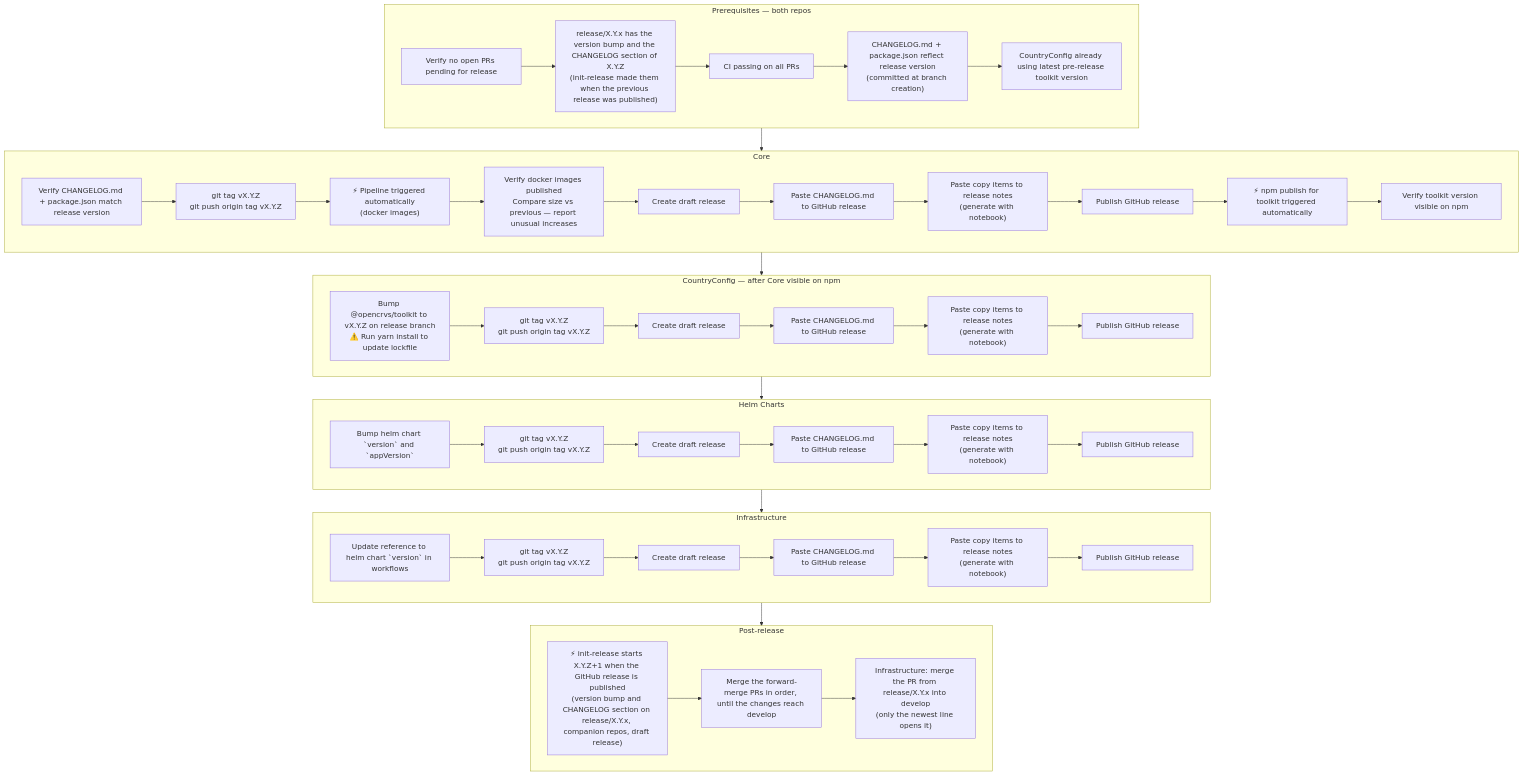
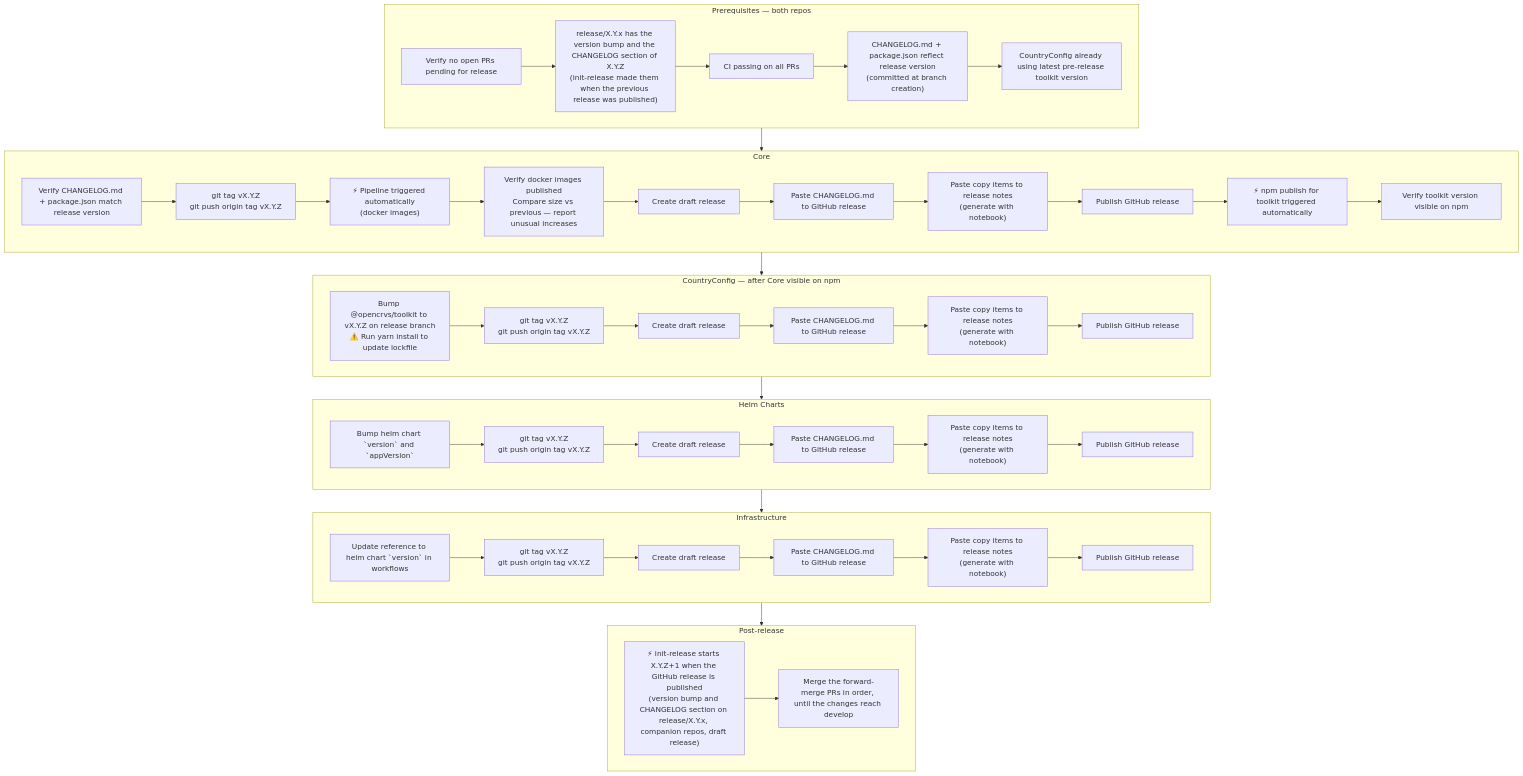
The diagram in release-steps.md (opencrvs/opencrvs-core), drawn with Mermaid before and after one commit.

Commit message:
docs: remove the infrastructure merge-back step

````diff
--- a/release-steps.md
+++ b/release-steps.md
@@ -3,68 +3,67 @@
 ```mermaid
 flowchart TD
     subgraph PRE["Prerequisites — both repos"]
         P1[Verify no open PRs pending for release]
         P2["release/X.Y.x has the version bump and the CHANGELOG section of X.Y.Z\n(init-release made them when the previous release was published)"]
         P3[CI passing on all PRs]
         P4["CHANGELOG.md + package.json reflect release version\n(committed at branch creation)"]
         P5[CountryConfig already using latest pre-release toolkit version]
         P1 --> P2 --> P3 --> P4 --> P5
     end
 
     subgraph CORE["Core"]
         C1["Verify CHANGELOG.md + package.json match release version"]
         C2["git tag vX.Y.Z\ngit push origin tag vX.Y.Z"]
         C3["⚡ Pipeline triggered automatically\n(docker images)"]
         C4["Verify docker images published\nCompare size vs previous — report unusual increases"]
         C5[Create draft release]
         C6[Paste CHANGELOG.md to GitHub release]
         C7["Paste copy items to release notes\n(generate with notebook)"]
         C8[Publish GitHub release]
         C9["⚡ npm publish for toolkit triggered automatically"]
         C10[Verify toolkit version visible on npm]
         C1 --> C2 --> C3 --> C4 --> C5 --> C6 --> C7 --> C8 --> C9 --> C10
     end
 
     subgraph CC["CountryConfig — after Core visible on npm"]
         CC1["Bump @opencrvs/toolkit to vX.Y.Z on release branch\n⚠️ Run yarn install to update lockfile"]
         CC2["git tag vX.Y.Z\ngit push origin tag vX.Y.Z"]
         CC3[Create draft release]
         CC4[Paste CHANGELOG.md to GitHub release]
         CC5["Paste copy items to release notes\n(generate with notebook)"]
         CC6[Publish GitHub release]
         CC1 --> CC2 --> CC3 --> CC4 --> CC5 --> CC6
     end
 
     subgraph HC["Helm Charts"]
         HC1["Bump helm chart `version` and `appVersion`"]
         HC2["git tag vX.Y.Z\ngit push origin tag vX.Y.Z"]
         HC3[Create draft release]
         HC4[Paste CHANGELOG.md to GitHub release]
         HC5["Paste copy items to release notes\n(generate with notebook)"]
         HC6[Publish GitHub release]
         HC1 --> HC2 --> HC3 --> HC4 --> HC5 --> HC6
     end
 
     subgraph IF["Infrastructure"]
         IF1["Update reference to helm chart `version` in workflows"]
         IF2["git tag vX.Y.Z\ngit push origin tag vX.Y.Z"]
         IF3[Create draft release]
         IF4[Paste CHANGELOG.md to GitHub release]
         IF5["Paste copy items to release notes\n(generate with notebook)"]
         IF6[Publish GitHub release]
         IF1 --> IF2 --> IF3 --> IF4 --> IF5 --> IF6
     end
 
     subgraph POST["Post-release"]
         POST1["⚡ init-release starts X.Y.Z+1 when the GitHub release is published\n(version bump and CHANGELOG section on release/X.Y.x, companion repos, draft release)"]
         POST2["Merge the forward-merge PRs in order, until the changes reach develop"]
-        POST3["Infrastructure: merge the PR from release/X.Y.x into develop\n(only the newest line opens it)"]
-        POST1 --> POST2 --> POST3
+        POST1 --> POST2
     end
 
     PRE --> CORE
     CORE --> CC
     CC --> HC
     HC --> IF
     IF --> POST
 ```
````
